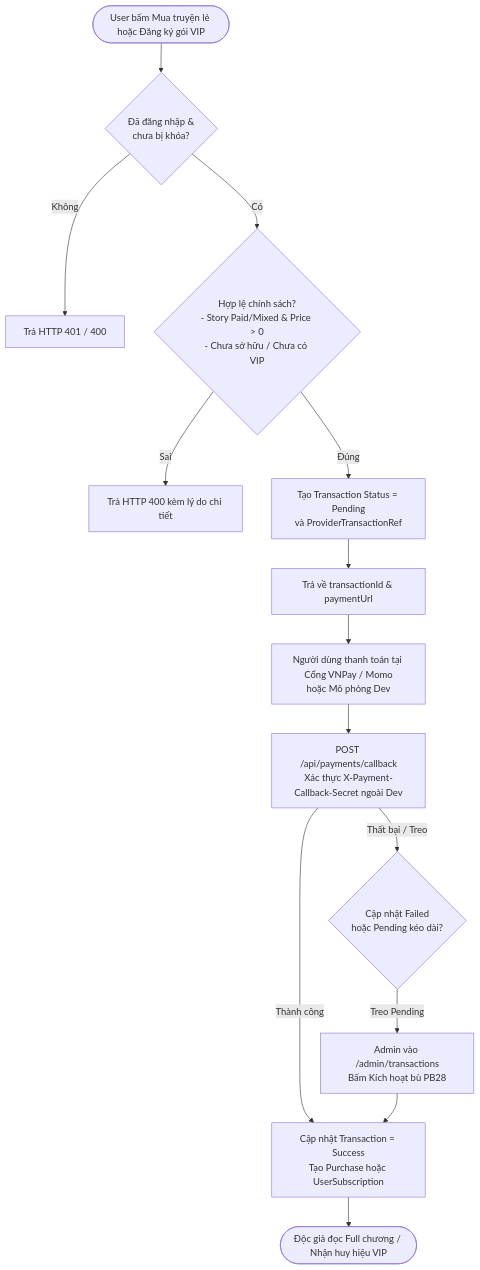
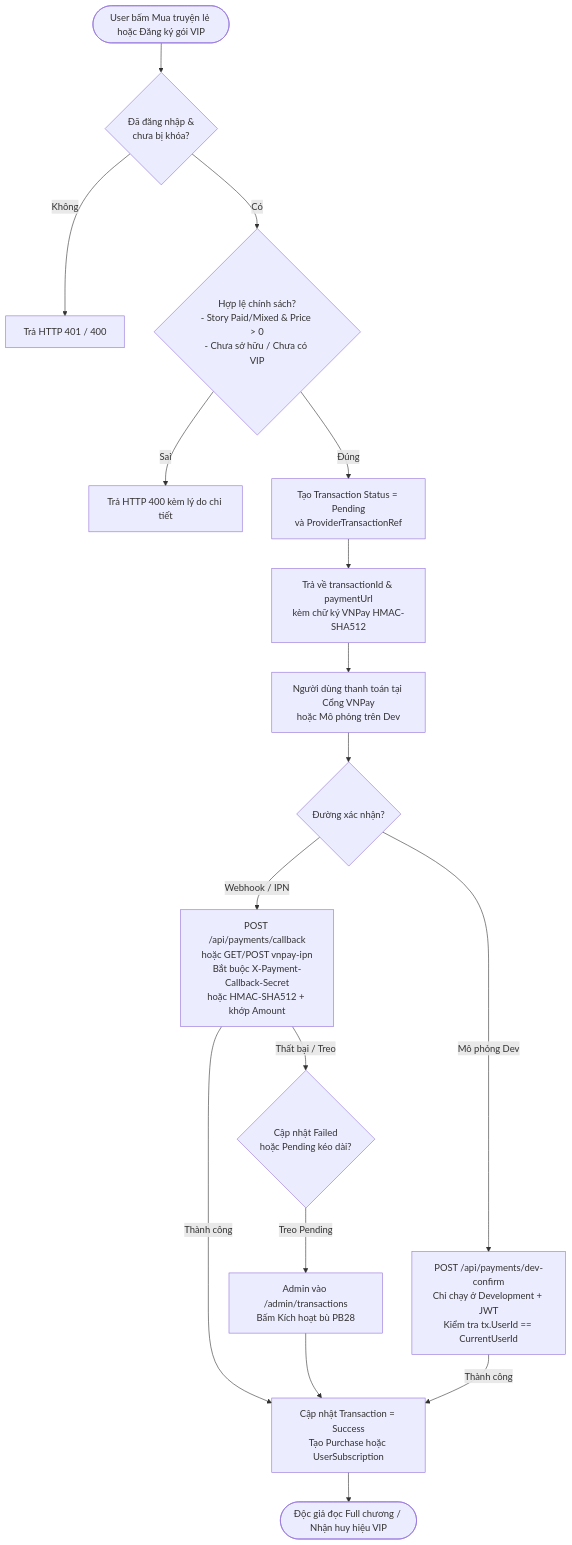
The fourth of 8 diagrams in KIEN_TRUC_CONG_NGHE_VA_FLOW.md (tuyenminhtran/HeThongQuanLyDocTruyen-Nhom-7), drawn with Mermaid before and after one commit. The commit also changed other lines of this file and 55 other files, not shown here.

````diff
--- a/KIEN_TRUC_CONG_NGHE_VA_FLOW.md
+++ b/KIEN_TRUC_CONG_NGHE_VA_FLOW.md
@@ -132,16 +139,19 @@
 ```mermaid
 flowchart TD
     Start([User bấm Mua truyện lẻ hoặc Đăng ký gói VIP]) --> CheckAuth{Đã đăng nhập &\nchưa bị khóa?}
     CheckAuth -- Không --> AuthErr[Trả HTTP 401 / 400]
     CheckAuth -- Có --> Validate{Hợp lệ chính sách?\n- Story Paid/Mixed & Price > 0\n- Chưa sở hữu / Chưa có VIP}
     Validate -- Sai --> BadReq[Trả HTTP 400 kèm lý do chi tiết]
     Validate -- Đúng --> CreateTx[Tạo Transaction Status = Pending\nvà ProviderTransactionRef]
-    CreateTx --> Redirect[Trả về transactionId & paymentUrl]
-    Redirect --> Gateway[Người dùng thanh toán tại Cổng VNPay / Momo\nhoặc Mô phỏng Dev]
-    Gateway --> Callback[POST /api/payments/callback\nXác thực X-Payment-Callback-Secret ngoài Dev]
+    CreateTx --> Redirect[Trả về transactionId & paymentUrl\nkèm chữ ký VNPay HMAC-SHA512]
+    Redirect --> Gateway[Người dùng thanh toán tại Cổng VNPay\nhoặc Mô phỏng trên Dev]
+    Gateway --> VerifyPath{Đường xác nhận?}
+    VerifyPath -- Webhook / IPN --> Callback[POST /api/payments/callback\nhoặc GET/POST vnpay-ipn\nBắt buộc X-Payment-Callback-Secret\nhoặc HMAC-SHA512 + khớp Amount]
+    VerifyPath -- Mô phỏng Dev --> DevConfirm[POST /api/payments/dev-confirm\nChỉ chạy ở Development + JWT\nKiểm tra tx.UserId == CurrentUserId]
     Callback -- Thành công --> Grant[Cập nhật Transaction = Success\nTạo Purchase hoặc UserSubscription]
+    DevConfirm -- Thành công --> Grant
     Callback -- Thất bại / Treo --> PendingFail{Cập nhật Failed\nhoặc Pending kéo dài?}
     PendingFail -- Treo Pending --> AdminPB28[Admin vào /admin/transactions\nBấm Kích hoạt bù PB28]
     AdminPB28 --> Grant
     Grant --> Done([Độc giả đọc Full chương / Nhận huy hiệu VIP])
 ```
````
